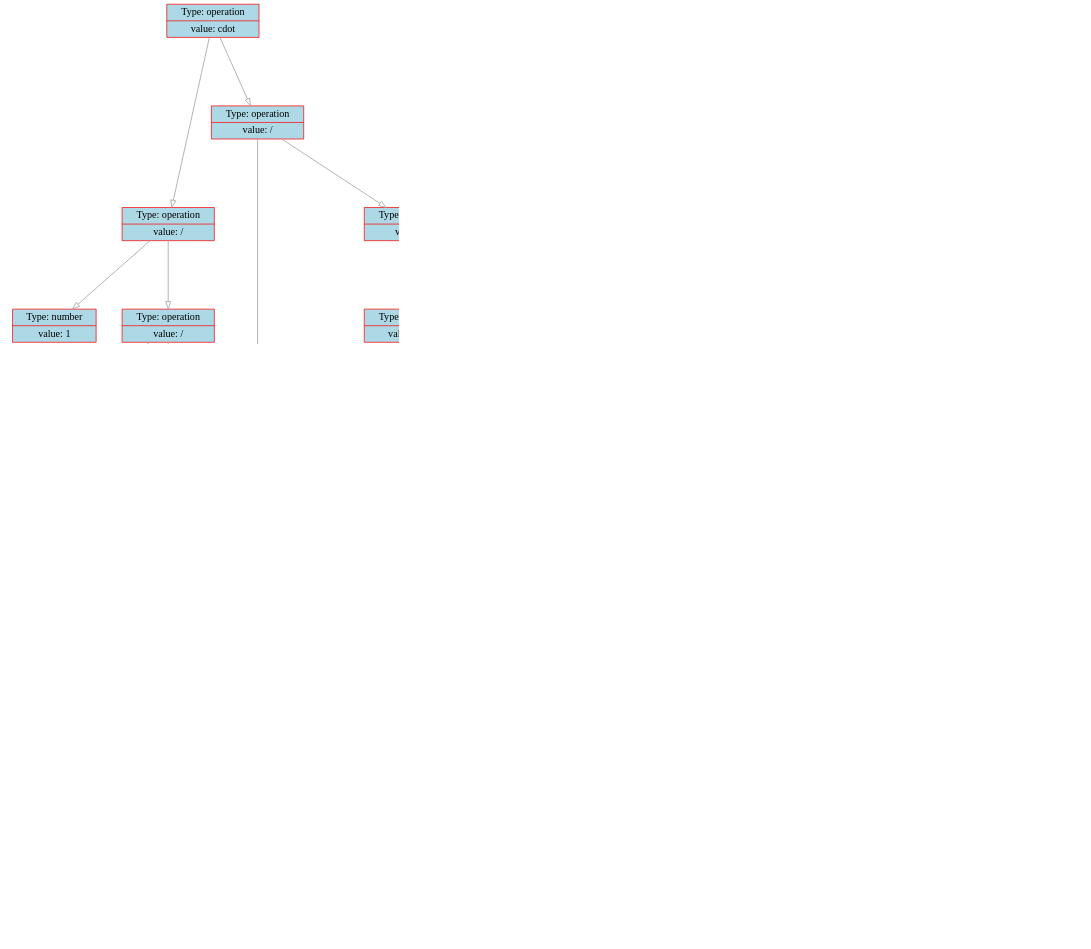
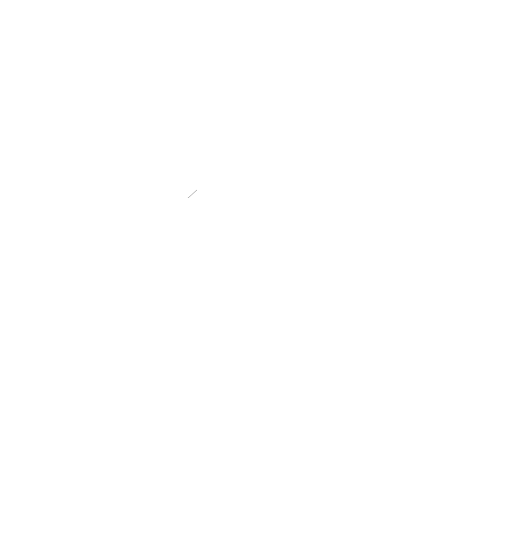
The diagram in data/graph.dot (dodokek/Derivative-Calculator), drawn with Graphviz before and after one commit. The commit also changed 15 other files, not shown here.

```diff
--- a/data/graph.dot
+++ b/data/graph.dot
@@ -1,187 +1,49 @@
 
     digraph g {
         dpi      = 200;
         fontname = "Comic Sans MS";
         fontsize = 20;
         rankdir   =  TB;
         edge [color = darkgrey, arrowhead = onormal, arrowsize = 1, penwidth = 1.2]
         graph[fillcolor = lightgreen, ranksep = 1.3, nodesep = 0.5,
         style = "rounded, filled",color = green, penwidth = 2]
 
-    Node0000028d5f256db0[shape=record, width=0.2, style="filled", color="red", fillcolor="lightblue",label=" {Type: operation | value: \cdot}"] 
+    Node000001b598b51a60[shape=record, width=0.2, style="filled", color="red", fillcolor="lightblue",label=" {Type: operation | value: +}"] 
  
-Node0000028d5f256d20[shape=record, width=0.2, style="filled", color="red", fillcolor="lightblue",label=" {Type: operation | value: /}"] 
+Node000001b598b51970[shape=record, width=0.2, style="filled", color="red", fillcolor="lightblue",label=" {Type: operation | value: \cdot}"] 
  
-Node0000028d5f256780[shape=record, width=0.2, style="filled", color="red", fillcolor="lightblue",label=" {Type: number | value: 1}"] 
+Node000001b598b51bb0[shape=record, width=0.2, style="filled", color="red", fillcolor="lightblue",label=" {Type: operation | value: \cdot}"] 
  
-Node0000028d5f256d80[shape=record, width=0.2, style="filled", color="red", fillcolor="lightblue",label=" {Type: operation | value: /}"] 
+Node000001b598b518f0[shape=record, width=0.2, style="filled", color="red", fillcolor="lightblue",label=" {Type: operation | value: \cdot}"] 
  
-Node0000028d5f2516b0[shape=record, width=0.2, style="filled", color="red", fillcolor="lightblue",label=" {Type: operation | value: sin}"] 
+Node000001b598b518c0[shape=record, width=0.2, style="filled", color="red", fillcolor="lightblue",label=" {Type: number | value: -1}"] 
  
-Node0000028d5f251680[shape=record, width=0.2, style="filled", color="red", fillcolor="lightblue",label=" {Type: variable | value: X}"] 
+Node000001b598b51890[shape=record, width=0.2, style="filled", color="red", fillcolor="lightblue",label=" {Type: operation | value: sin}"] 
  
-Node0000028d5f2517d0[shape=record, width=0.2, style="filled", color="red", fillcolor="lightblue",label=" {Type: operation | value: cos}"] 
+Node000001b598b51860[shape=record, width=0.2, style="filled", color="red", fillcolor="lightblue",label=" {Type: variable | value: X}"] 
  
-Node0000028d5f2517a0[shape=record, width=0.2, style="filled", color="red", fillcolor="lightblue",label=" {Type: operation | value: -}"] 
+Node000001b598b51830[shape=record, width=0.2, style="filled", color="red", fillcolor="lightblue",label=" {Type: number | value: 1}"] 
  
-Node0000028d5f251740[shape=record, width=0.2, style="filled", color="red", fillcolor="lightblue",label=" {Type: operation | value: \cdot}"] 
+Node000001b598b51800[shape=record, width=0.2, style="filled", color="red", fillcolor="lightblue",label=" {Type: number | value: 1}"] 
  
-Node0000028d5f2516e0[shape=record, width=0.2, style="filled", color="red", fillcolor="lightblue",label=" {Type: number | value: 2}"] 
+Node000001b598b517d0[shape=record, width=0.2, style="filled", color="red", fillcolor="lightblue",label=" {Type: operation | value: \cdot}"] 
  
-Node0000028d5f251710[shape=record, width=0.2, style="filled", color="red", fillcolor="lightblue",label=" {Type: variable | value: X}"] 
+Node000001b598b517a0[shape=record, width=0.2, style="filled", color="red", fillcolor="lightblue",label=" {Type: operation | value: cos}"] 
  
-Node0000028d5f251770[shape=record, width=0.2, style="filled", color="red", fillcolor="lightblue",label=" {Type: number | value: 5}"] 
+Node000001b598b51680[shape=record, width=0.2, style="filled", color="red", fillcolor="lightblue",label=" {Type: variable | value: X}"] 
  
-Node0000028d5f256c60[shape=record, width=0.2, style="filled", color="red", fillcolor="lightblue",label=" {Type: operation | value: /}"] 
+Node000001b598b51770[shape=record, width=0.2, style="filled", color="red", fillcolor="lightblue",label=" {Type: number | value: 0}"] 
  
-Node0000028d5f256ab0[shape=record, width=0.2, style="filled", color="red", fillcolor="lightblue",label=" {Type: operation | value: -}"] 
- 
-Node0000028d5f256900[shape=record, width=0.2, style="filled", color="red", fillcolor="lightblue",label=" {Type: operation | value: \cdot}"] 
- 
-Node0000028d5f256720[shape=record, width=0.2, style="filled", color="red", fillcolor="lightblue",label=" {Type: operation | value: \cdot}"] 
- 
-Node0000028d5f256c00[shape=record, width=0.2, style="filled", color="red", fillcolor="lightblue",label=" {Type: operation | value: cos}"] 
- 
-Node0000028d5f251c10[shape=record, width=0.2, style="filled", color="red", fillcolor="lightblue",label=" {Type: variable | value: X}"] 
- 
-Node0000028d5f251bb0[shape=record, width=0.2, style="filled", color="red", fillcolor="lightblue",label=" {Type: number | value: 1}"] 
- 
-Node0000028d5f251b80[shape=record, width=0.2, style="filled", color="red", fillcolor="lightblue",label=" {Type: operation | value: cos}"] 
- 
-Node0000028d5f2517a0[shape=record, width=0.2, style="filled", color="red", fillcolor="lightblue",label=" {Type: operation | value: -}"] 
- 
-Node0000028d5f251740[shape=record, width=0.2, style="filled", color="red", fillcolor="lightblue",label=" {Type: operation | value: \cdot}"] 
- 
-Node0000028d5f2516e0[shape=record, width=0.2, style="filled", color="red", fillcolor="lightblue",label=" {Type: number | value: 2}"] 
- 
-Node0000028d5f251710[shape=record, width=0.2, style="filled", color="red", fillcolor="lightblue",label=" {Type: variable | value: X}"] 
- 
-Node0000028d5f251770[shape=record, width=0.2, style="filled", color="red", fillcolor="lightblue",label=" {Type: number | value: 5}"] 
- 
-Node0000028d5f251b50[shape=record, width=0.2, style="filled", color="red", fillcolor="lightblue",label=" {Type: operation | value: \cdot}"] 
- 
-Node0000028d5f251b20[shape=record, width=0.2, style="filled", color="red", fillcolor="lightblue",label=" {Type: operation | value: sin}"] 
- 
-Node0000028d5f251680[shape=record, width=0.2, style="filled", color="red", fillcolor="lightblue",label=" {Type: variable | value: X}"] 
- 
-Node0000028d5f251ac0[shape=record, width=0.2, style="filled", color="red", fillcolor="lightblue",label=" {Type: operation | value: \cdot}"] 
- 
-Node0000028d5f251cd0[shape=record, width=0.2, style="filled", color="red", fillcolor="lightblue",label=" {Type: operation | value: \cdot}"] 
- 
-Node0000028d5f2519d0[shape=record, width=0.2, style="filled", color="red", fillcolor="lightblue",label=" {Type: number | value: -1}"] 
- 
-Node0000028d5f251ca0[shape=record, width=0.2, style="filled", color="red", fillcolor="lightblue",label=" {Type: operation | value: sin}"] 
- 
-Node0000028d5f251a90[shape=record, width=0.2, style="filled", color="red", fillcolor="lightblue",label=" {Type: operation | value: -}"] 
- 
-Node0000028d5f251740[shape=record, width=0.2, style="filled", color="red", fillcolor="lightblue",label=" {Type: operation | value: \cdot}"] 
- 
-Node0000028d5f2516e0[shape=record, width=0.2, style="filled", color="red", fillcolor="lightblue",label=" {Type: number | value: 2}"] 
- 
-Node0000028d5f251710[shape=record, width=0.2, style="filled", color="red", fillcolor="lightblue",label=" {Type: variable | value: X}"] 
- 
-Node0000028d5f251770[shape=record, width=0.2, style="filled", color="red", fillcolor="lightblue",label=" {Type: number | value: 5}"] 
- 
-Node0000028d5f2519a0[shape=record, width=0.2, style="filled", color="red", fillcolor="lightblue",label=" {Type: operation | value: -}"] 
- 
-Node0000028d5f251970[shape=record, width=0.2, style="filled", color="red", fillcolor="lightblue",label=" {Type: operation | value: +}"] 
- 
-Node0000028d5f251a60[shape=record, width=0.2, style="filled", color="red", fillcolor="lightblue",label=" {Type: operation | value: \cdot}"] 
- 
-Node0000028d5f251c40[shape=record, width=0.2, style="filled", color="red", fillcolor="lightblue",label=" {Type: number | value: 0}"] 
- 
-Node0000028d5f251a00[shape=record, width=0.2, style="filled", color="red", fillcolor="lightblue",label=" {Type: variable | value: X}"] 
- 
-Node0000028d5f251be0[shape=record, width=0.2, style="filled", color="red", fillcolor="lightblue",label=" {Type: operation | value: \cdot}"] 
- 
-Node0000028d5f251af0[shape=record, width=0.2, style="filled", color="red", fillcolor="lightblue",label=" {Type: number | value: 2}"] 
- 
-Node0000028d5f251a30[shape=record, width=0.2, style="filled", color="red", fillcolor="lightblue",label=" {Type: number | value: 1}"] 
- 
-Node0000028d5f251c70[shape=record, width=0.2, style="filled", color="red", fillcolor="lightblue",label=" {Type: number | value: 0}"] 
- 
-Node0000028d5f2518f0[shape=record, width=0.2, style="filled", color="red", fillcolor="lightblue",label=" {Type: operation | value: \cdot}"] 
- 
-Node0000028d5f2518c0[shape=record, width=0.2, style="filled", color="red", fillcolor="lightblue",label=" {Type: operation | value: cos}"] 
- 
-Node0000028d5f2517a0[shape=record, width=0.2, style="filled", color="red", fillcolor="lightblue",label=" {Type: operation | value: -}"] 
- 
-Node0000028d5f251740[shape=record, width=0.2, style="filled", color="red", fillcolor="lightblue",label=" {Type: operation | value: \cdot}"] 
- 
-Node0000028d5f2516e0[shape=record, width=0.2, style="filled", color="red", fillcolor="lightblue",label=" {Type: number | value: 2}"] 
- 
-Node0000028d5f251710[shape=record, width=0.2, style="filled", color="red", fillcolor="lightblue",label=" {Type: variable | value: X}"] 
- 
-Node0000028d5f251770[shape=record, width=0.2, style="filled", color="red", fillcolor="lightblue",label=" {Type: number | value: 5}"] 
- 
-Node0000028d5f251890[shape=record, width=0.2, style="filled", color="red", fillcolor="lightblue",label=" {Type: operation | value: cos}"] 
- 
-Node0000028d5f2517a0[shape=record, width=0.2, style="filled", color="red", fillcolor="lightblue",label=" {Type: operation | value: -}"] 
- 
-Node0000028d5f251740[shape=record, width=0.2, style="filled", color="red", fillcolor="lightblue",label=" {Type: operation | value: \cdot}"] 
- 
-Node0000028d5f2516e0[shape=record, width=0.2, style="filled", color="red", fillcolor="lightblue",label=" {Type: number | value: 2}"] 
- 
-Node0000028d5f251710[shape=record, width=0.2, style="filled", color="red", fillcolor="lightblue",label=" {Type: variable | value: X}"] 
- 
-Node0000028d5f251770[shape=record, width=0.2, style="filled", color="red", fillcolor="lightblue",label=" {Type: number | value: 5}"] 
- 
-Node0000028d5f256db0->Node0000028d5f256d20
-Node0000028d5f256d20->Node0000028d5f256780
-Node0000028d5f256d20->Node0000028d5f256d80
-Node0000028d5f256d80->Node0000028d5f2516b0
-Node0000028d5f2516b0->Node0000028d5f251680
-Node0000028d5f256d80->Node0000028d5f2517d0
-Node0000028d5f2517d0->Node0000028d5f2517a0
-Node0000028d5f2517a0->Node0000028d5f251740
-Node0000028d5f251740->Node0000028d5f2516e0
-Node0000028d5f251740->Node0000028d5f251710
-Node0000028d5f2517a0->Node0000028d5f251770
-Node0000028d5f256db0->Node0000028d5f256c60
-Node0000028d5f256c60->Node0000028d5f256ab0
-Node0000028d5f256ab0->Node0000028d5f256900
-Node0000028d5f256900->Node0000028d5f256720
-Node0000028d5f256720->Node0000028d5f256c00
-Node0000028d5f256c00->Node0000028d5f251c10
-Node0000028d5f256720->Node0000028d5f251bb0
-Node0000028d5f256900->Node0000028d5f251b80
-Node0000028d5f251b80->Node0000028d5f2517a0
-Node0000028d5f2517a0->Node0000028d5f251740
-Node0000028d5f251740->Node0000028d5f2516e0
-Node0000028d5f251740->Node0000028d5f251710
-Node0000028d5f2517a0->Node0000028d5f251770
-Node0000028d5f256ab0->Node0000028d5f251b50
-Node0000028d5f251b50->Node0000028d5f251b20
-Node0000028d5f251b20->Node0000028d5f251680
-Node0000028d5f251b50->Node0000028d5f251ac0
-Node0000028d5f251ac0->Node0000028d5f251cd0
-Node0000028d5f251cd0->Node0000028d5f2519d0
-Node0000028d5f251cd0->Node0000028d5f251ca0
-Node0000028d5f251ca0->Node0000028d5f251a90
-Node0000028d5f251a90->Node0000028d5f251740
-Node0000028d5f251740->Node0000028d5f2516e0
-Node0000028d5f251740->Node0000028d5f251710
-Node0000028d5f251a90->Node0000028d5f251770
-Node0000028d5f251ac0->Node0000028d5f2519a0
-Node0000028d5f2519a0->Node0000028d5f251970
-Node0000028d5f251970->Node0000028d5f251a60
-Node0000028d5f251a60->Node0000028d5f251c40
-Node0000028d5f251a60->Node0000028d5f251a00
-Node0000028d5f251970->Node0000028d5f251be0
-Node0000028d5f251be0->Node0000028d5f251af0
-Node0000028d5f251be0->Node0000028d5f251a30
-Node0000028d5f2519a0->Node0000028d5f251c70
-Node0000028d5f256c60->Node0000028d5f2518f0
-Node0000028d5f2518f0->Node0000028d5f2518c0
-Node0000028d5f2518c0->Node0000028d5f2517a0
-Node0000028d5f2517a0->Node0000028d5f251740
-Node0000028d5f251740->Node0000028d5f2516e0
-Node0000028d5f251740->Node0000028d5f251710
-Node0000028d5f2517a0->Node0000028d5f251770
-Node0000028d5f2518f0->Node0000028d5f251890
-Node0000028d5f251890->Node0000028d5f2517a0
-Node0000028d5f2517a0->Node0000028d5f251740
-Node0000028d5f251740->Node0000028d5f2516e0
-Node0000028d5f251740->Node0000028d5f251710
-Node0000028d5f2517a0->Node0000028d5f251770
+Node000001b598b51a60->Node000001b598b51970
+Node000001b598b51970->Node000001b598b51bb0
+Node000001b598b51bb0->Node000001b598b518f0
+Node000001b598b518f0->Node000001b598b518c0
+Node000001b598b518f0->Node000001b598b51890
+Node000001b598b51890->Node000001b598b51860
+Node000001b598b51bb0->Node000001b598b51830
+Node000001b598b51970->Node000001b598b51800
+Node000001b598b51a60->Node000001b598b517d0
+Node000001b598b517d0->Node000001b598b517a0
+Node000001b598b517a0->Node000001b598b51680
+Node000001b598b517d0->Node000001b598b51770
 }
```
